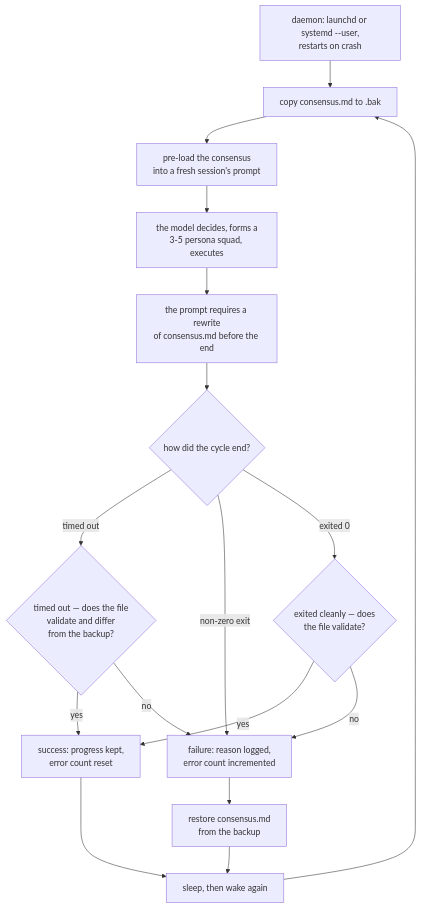
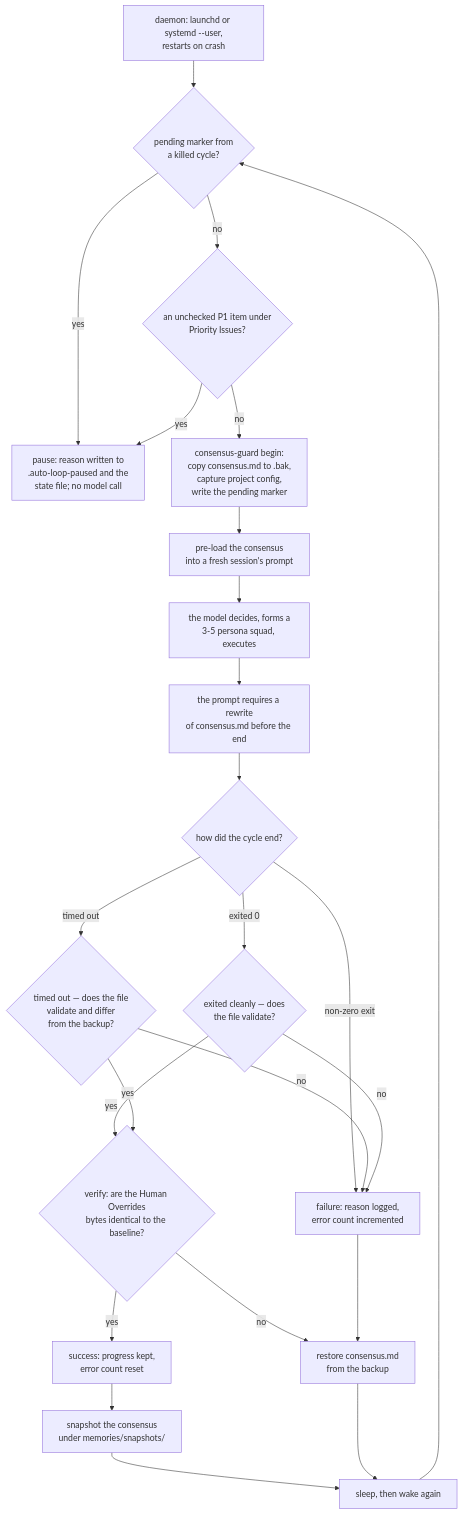
One commit to neoneye/agent-memory-atlas changed the diagram in content/systems/auto-company.md. Above: the diagram before and after it, drawn with Mermaid. The commit also changed other lines of this file and 16 other files, not shown here.

First line of the commit message:
Auto Company re-read at 8a85f3b5: a section of the memory the agent cannot keep a change to; human_review earned

````diff
--- a/content/systems/auto-company.md
+++ b/content/systems/auto-company.md
@@ -99,33 +136,44 @@
 ```mermaid
-%% caption: a daemon wakes the loop, which backs up the consensus file, pre-loads it into a fresh session's prompt, and lets the model decide and execute; afterwards the loop validates the rewritten file for three required headings and classifies the cycle, keeping a timed-out cycle that still updated it and restoring the backup on any hard failure
+%% caption: the guard runs before the model is allowed to start — recovering an interrupted cycle, refusing to re-seed a consensus that used to exist, blocking on an unchecked priority item — and again afterwards, where the human-owned section is compared byte for byte against the pre-cycle baseline and a violation restores the file and pauses every later cycle; only a cycle that passes both gates leaves a snapshot
 flowchart TB
     D["daemon: launchd or systemd --user,<br/>restarts on crash"]
-    BK["copy consensus.md to .bak"]
+    REC{"pending marker from<br/>a killed cycle?"}
+    P1{"an unchecked P1 item under<br/>Priority Issues?"}
+    PAUSE["pause: reason written to<br/>.auto-loop-paused and the<br/>state file; no model call"]
+    BK["consensus-guard begin:<br/>copy consensus.md to .bak,<br/>capture project config,<br/>write the pending marker"]
     PRE["pre-load the consensus<br/>into a fresh session's prompt"]
     LLM["the model decides, forms a<br/>3-5 persona squad, executes"]
     REW["the prompt requires a rewrite<br/>of consensus.md before the end"]
+    HO{"verify: are the Human Overrides<br/>bytes identical to the baseline?"}
     CL{"how did the cycle end?"}
     TO{"timed out — does the file<br/>validate and differ<br/>from the backup?"}
     VAL{"exited cleanly — does<br/>the file validate?"}
     OK["success: progress kept,<br/>error count reset"]
     FAIL["failure: reason logged,<br/>error count incremented"]
     RES["restore consensus.md<br/>from the backup"]
     SLEEP["sleep, then wake again"]
 
-    D --> BK
+    D --> REC
+    REC -- yes --> PAUSE
+    REC -- no --> P1
+    P1 -- yes --> PAUSE
+    P1 -- no --> BK
     BK --> PRE
     PRE --> LLM
     LLM --> REW
     REW --> CL
     CL -- "timed out" --> TO
     CL -- "non-zero exit" --> FAIL
     CL -- "exited 0" --> VAL
-    TO -- yes --> OK
     TO -- no --> FAIL
-    VAL -- yes --> OK
+    VAL -- yes --> HO
     VAL -- no --> FAIL
+    TO -- yes --> HO
+    HO -- no --> RES
+    HO -- yes --> OK
     FAIL --> RES
-    OK --> SLEEP
+    OK --> SNAP["snapshot the consensus<br/>under memories/snapshots/"]
+    SNAP --> SLEEP
     RES --> SLEEP
-    SLEEP --> BK
+    SLEEP --> REC
 ```
````
